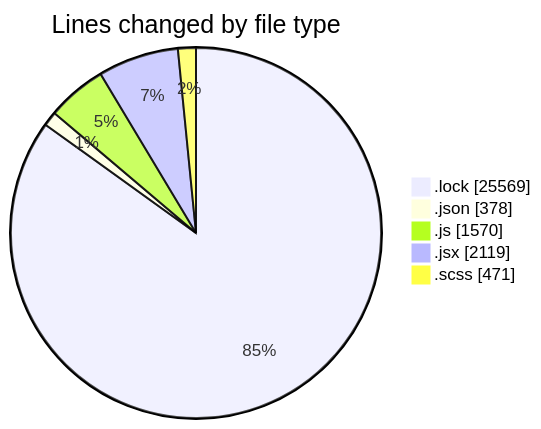
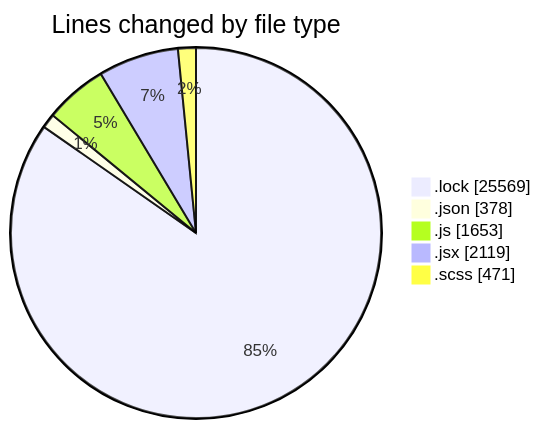
One commit to momahboobian/code-tracking changed the first of 2 diagrams in 2026-01-07/cda/README.md. Above: the diagram before and after it, drawn with Mermaid. The commit also changed other lines of this file and 1 other file, not shown here.

````diff
--- a/2026-01-07/cda/README.md
+++ b/2026-01-07/cda/README.md
@@ -50,9 +50,9 @@
 ```mermaid
 pie showData
 title Lines changed by file type
 ".lock" : 25569
 ".json" : 378
-".js" : 1570
+".js" : 1653
 ".jsx" : 2119
 ".scss" : 471
 ```
````
